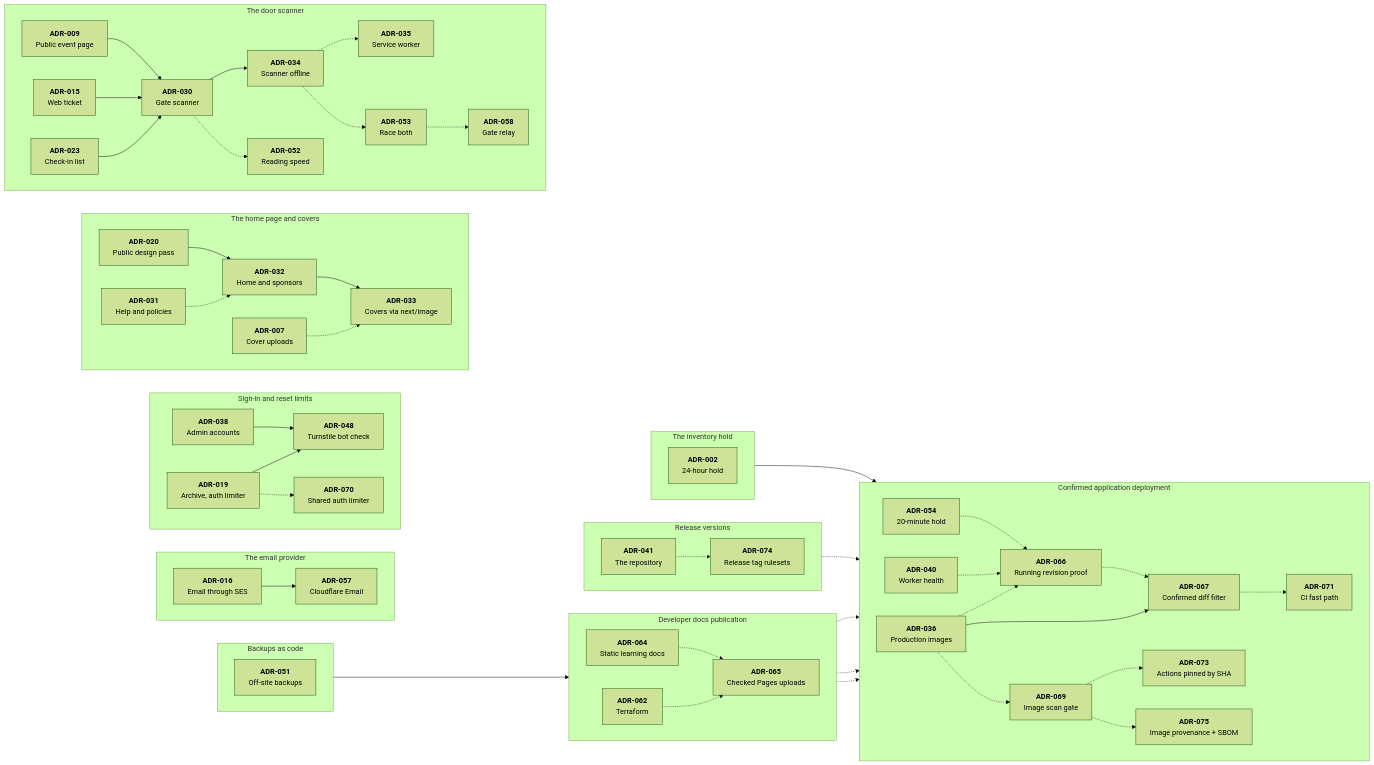
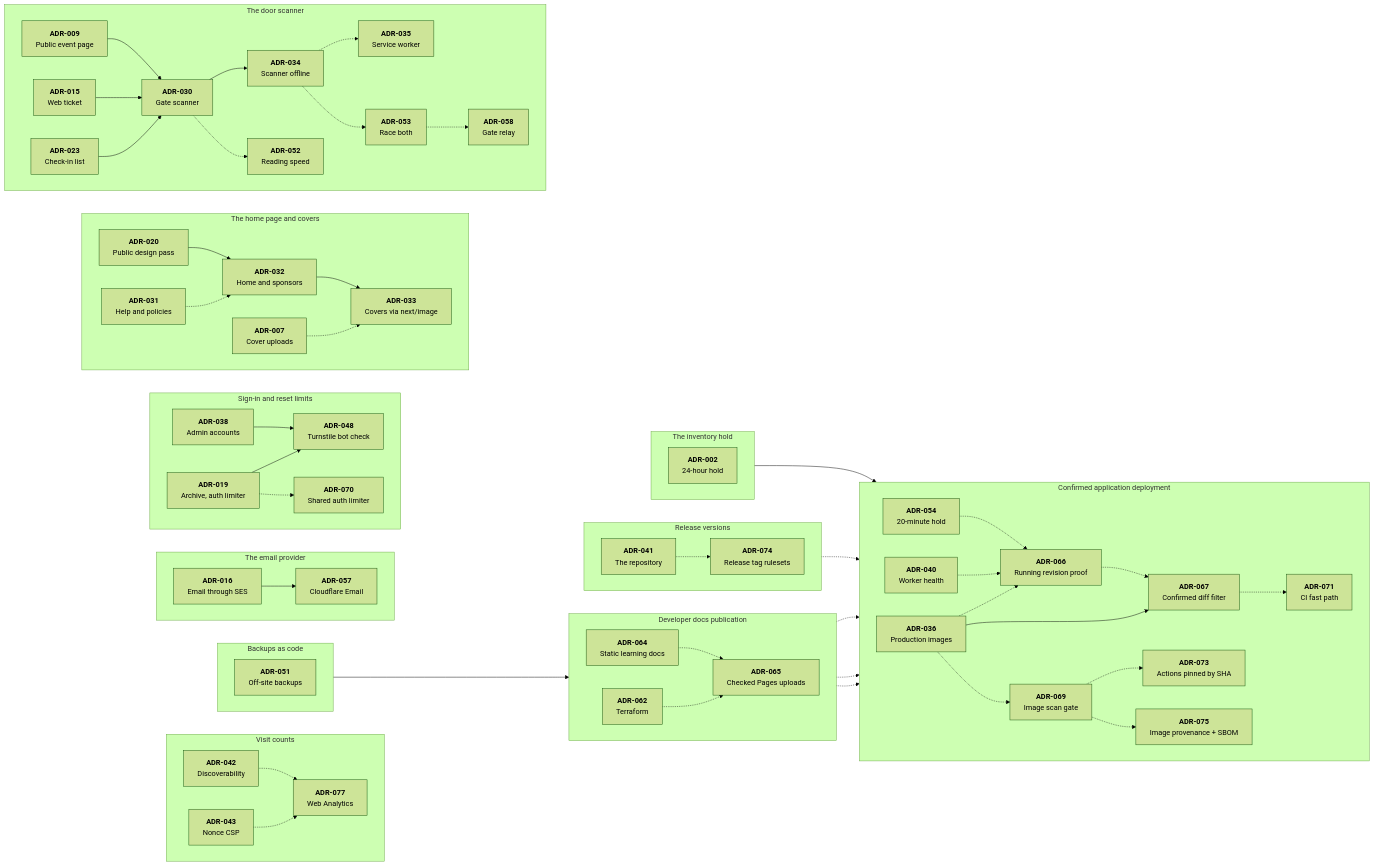
One commit to Ashfak-Hossain/EchoAndAura changed the diagram in docs/decisions/README.md. Above: the diagram before and after it, drawn with Mermaid (forest theme). The commit also changed other lines of this file and 21 other files, not shown here.

First line of the commit message:
feat(public): count visits with Cloudflare Web Analytics

```diff
--- a/docs/decisions/README.md
+++ b/docs/decisions/README.md
@@ -95,6 +95,18 @@
         a069 -.-> a075
     end
     %% Mermaid draws the last group on top, so the groups are declared bottom first.
+    subgraph analytics ["Visit counts"]
+        direction LR
+        a042["`**ADR-042**
+        Discoverability`"]
+        a043["`**ADR-043**
+        Nonce CSP`"]
+        a077["`**ADR-077**
+        Web Analytics`"]
+        a042 -.-> a077
+        a043 -.-> a077
+    end
+
     subgraph backups ["Backups as code"]
         direction LR
         a051["`**ADR-051**
```
